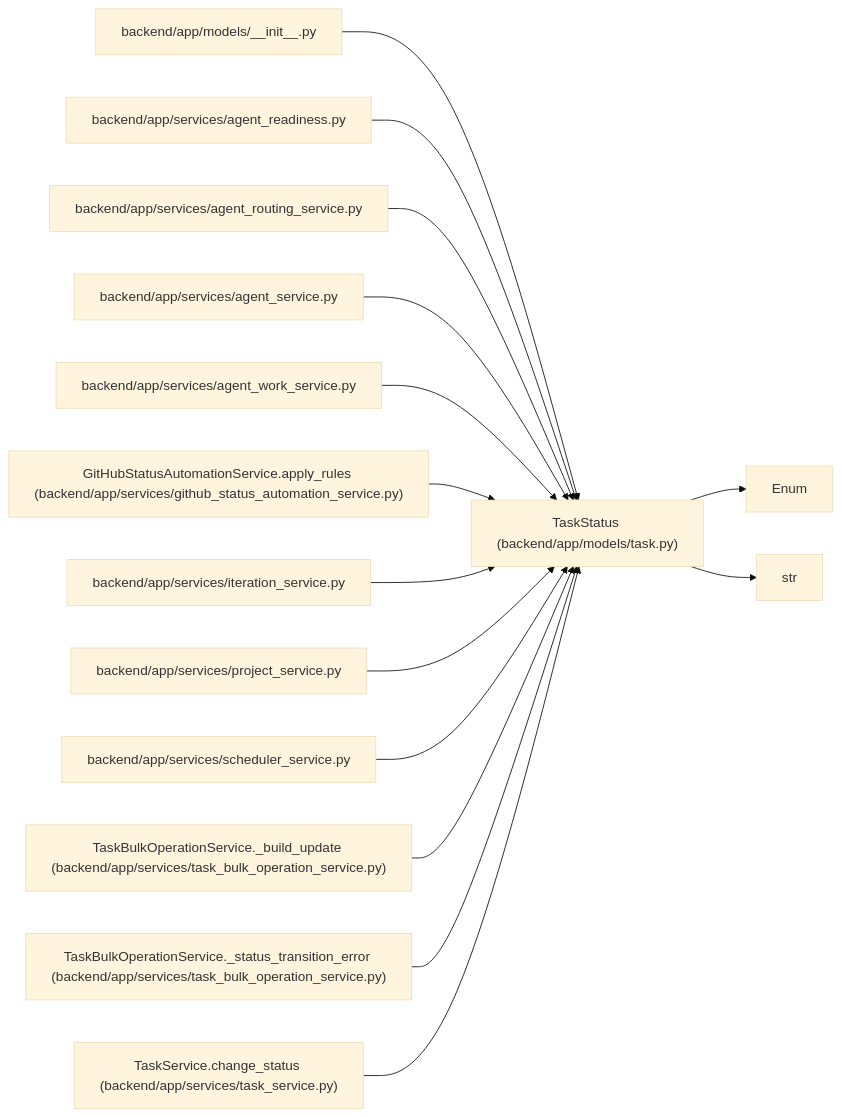
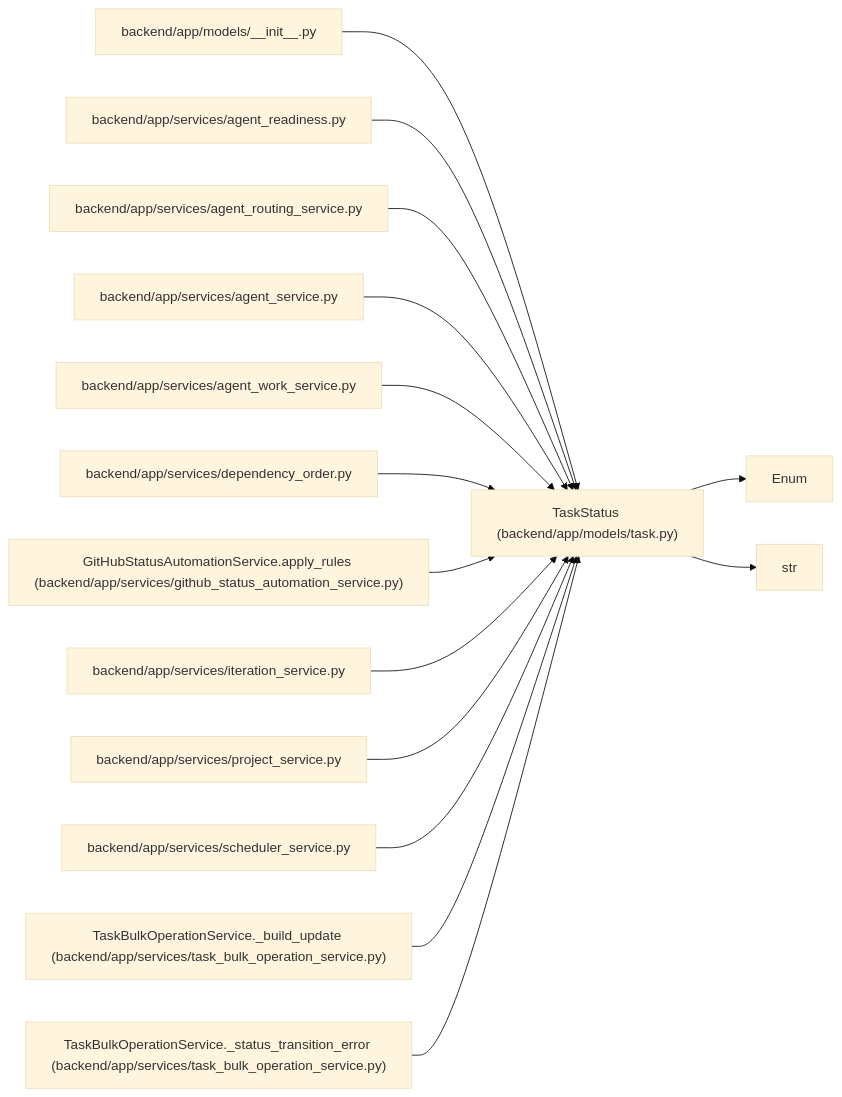
Before and after one commit to Denissvgn/WorkChord: the diagram in docs/llm_wiki/entities/models_task_TaskStatus.md, drawn with Mermaid (base theme). The commit also changed other lines of this file and 1817 other files, not shown here.

First line of the commit message:
Refresh the architectural wiki for the 1.9.0 changes

````diff
--- a/docs/llm_wiki/entities/models_task_TaskStatus.md
+++ b/docs/llm_wiki/entities/models_task_TaskStatus.md
@@ -34,45 +34,45 @@
 ```mermaid
 flowchart LR
     n0["TaskStatus (backend/app/models/task.py)"]
     n1["Enum"]
     n2["str"]
     n3["backend/app/models/__init__.py"]
     n4["backend/app/services/agent_readiness.py"]
     n5["backend/app/services/agent_routing_service.py"]
     n6["backend/app/services/agent_service.py"]
     n7["backend/app/services/agent_work_service.py"]
-    n8["GitHubStatusAutomationService.apply_rules (backend/app/services/github_status_automation_service.py)"]
-    n9["backend/app/services/iteration_service.py"]
-    n10["backend/app/services/project_service.py"]
-    n11["backend/app/services/scheduler_service.py"]
-    n12["TaskBulkOperationService._build_update (backend/app/services/task_bulk_operation_service.py)"]
-    n13["TaskBulkOperationService._status_transition_error (backend/app/services/task_bulk_operation_service.py)"]
-    n14["TaskService.change_status (backend/app/services/task_service.py)"]
+    n8["backend/app/services/dependency_order.py"]
+    n9["GitHubStatusAutomationService.apply_rules (backend/app/services/github_status_automation_service.py)"]
+    n10["backend/app/services/iteration_service.py"]
+    n11["backend/app/services/project_service.py"]
+    n12["backend/app/services/scheduler_service.py"]
+    n13["TaskBulkOperationService._build_update (backend/app/services/task_bulk_operation_service.py)"]
+    n14["TaskBulkOperationService._status_transition_error (backend/app/services/task_bulk_operation_service.py)"]
     n0 --> n1
     n0 --> n2
     n3 --> n0
     n4 --> n0
     n5 --> n0
     n6 --> n0
     n7 --> n0
     n8 --> n0
     n9 --> n0
     n10 --> n0
     n11 --> n0
     n12 --> n0
     n13 --> n0
     n14 --> n0
     click n0 "../modules/models_task.md"
     click n3 "../modules/models___init__.md"
     click n4 "../modules/agent_readiness.md"
     click n5 "../modules/agent_routing_service.md"
     click n6 "../modules/agent_service.md"
     click n7 "../modules/agent_work_service.md"
-    click n8 "../modules/github_status_automation_service.md"
-    click n9 "../modules/iteration_service.md"
-    click n10 "../modules/project_service.md"
-    click n11 "../modules/scheduler_service.md"
-    click n12 "../modules/task_bulk_operation_service.md"
+    click n8 "../modules/dependency_order.md"
+    click n9 "../modules/github_status_automation_service.md"
+    click n10 "../modules/iteration_service.md"
+    click n11 "../modules/project_service.md"
+    click n12 "../modules/scheduler_service.md"
     click n13 "../modules/task_bulk_operation_service.md"
-    click n14 "../modules/task_service.md"
+    click n14 "../modules/task_bulk_operation_service.md"
 ```
````
